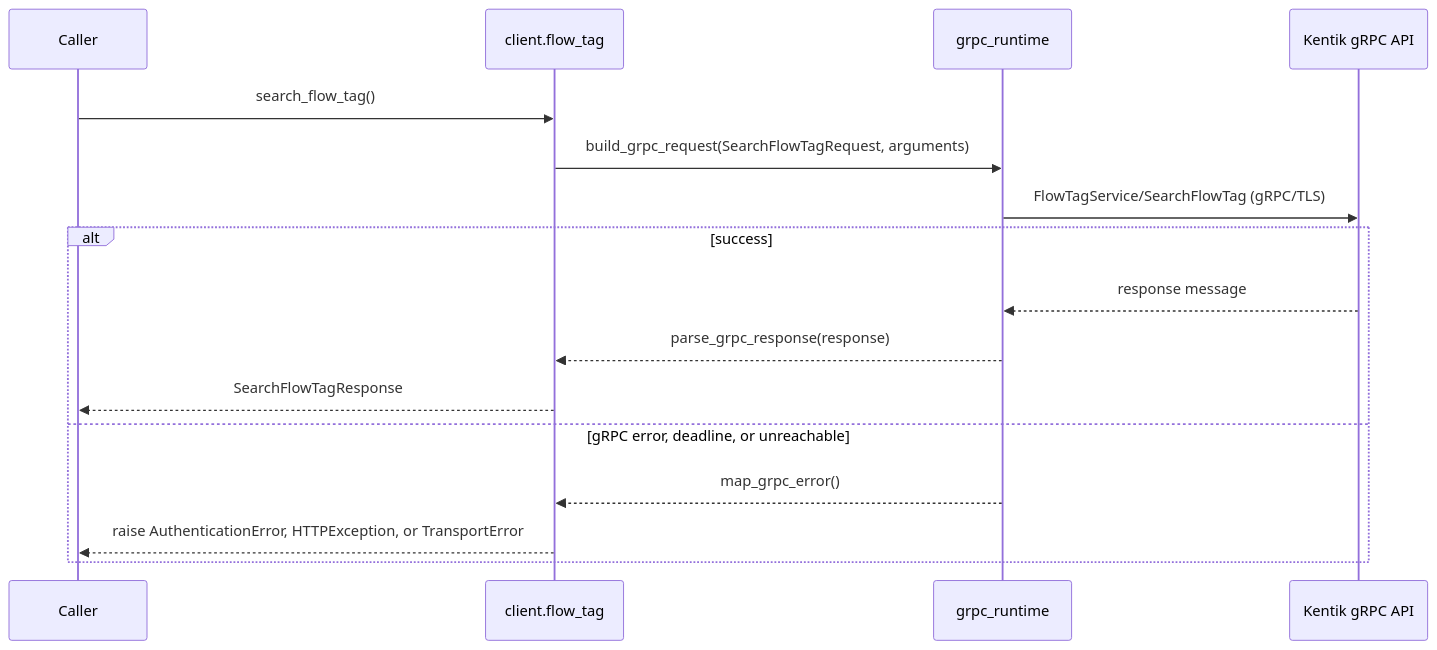
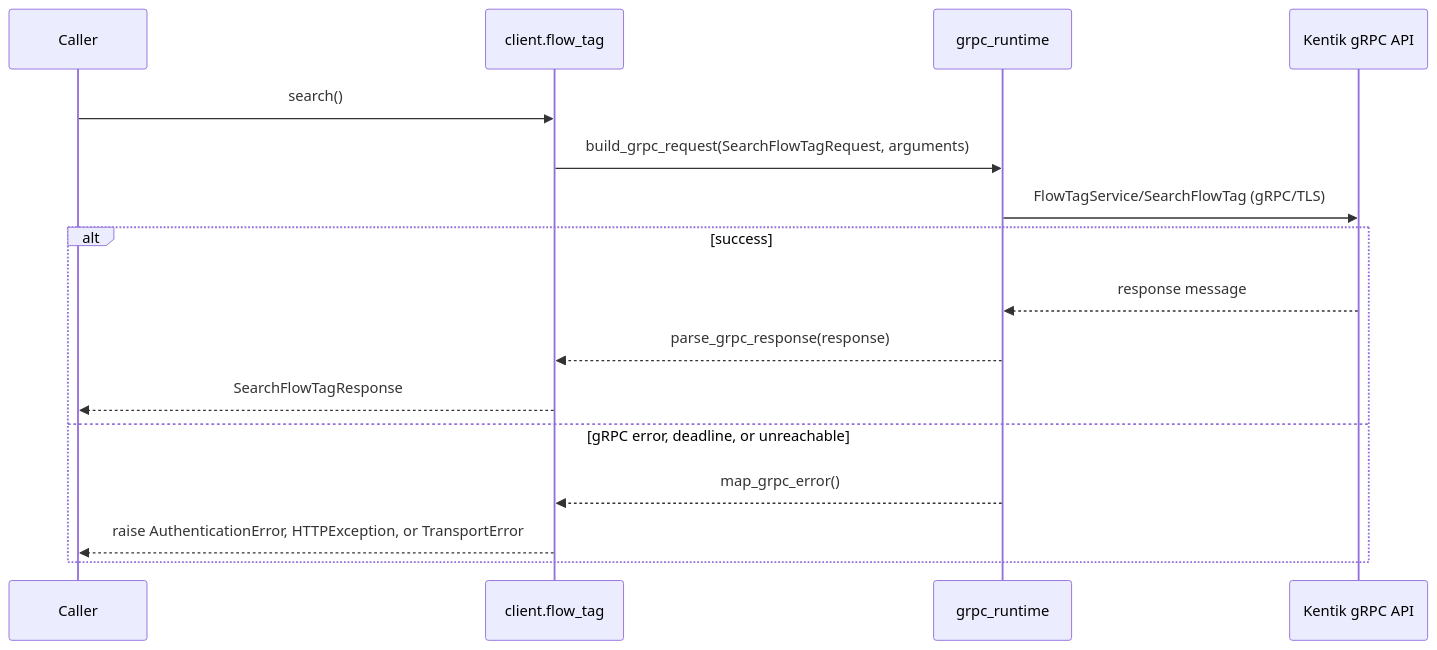
The third of 12 diagrams in docs/sphinx/services/flow_tag.md (alexdearaujo/community_sdk_python), drawn with Mermaid before and after one commit. The commit also changed other lines of this file and 119 other files, not shown here.

````diff
--- a/docs/sphinx/services/flow_tag.md
+++ b/docs/sphinx/services/flow_tag.md
@@ -59,19 +59,19 @@
 ```mermaid
 sequenceDiagram
     participant C as Caller
     participant W as client.flow_tag
     participant R as grpc_runtime
     participant API as Kentik gRPC API
 
-    C->>W: search_flow_tag()
+    C->>W: search()
     W->>R: build_grpc_request(SearchFlowTagRequest, arguments)
     R->>API: FlowTagService/SearchFlowTag (gRPC/TLS)
     alt success
         API-->>R: response message
         R-->>W: parse_grpc_response(response)
         W-->>C: SearchFlowTagResponse
     else gRPC error, deadline, or unreachable
         R-->>W: map_grpc_error()
         W-->>C: raise AuthenticationError, HTTPException, or TransportError
     end
 ```
````
